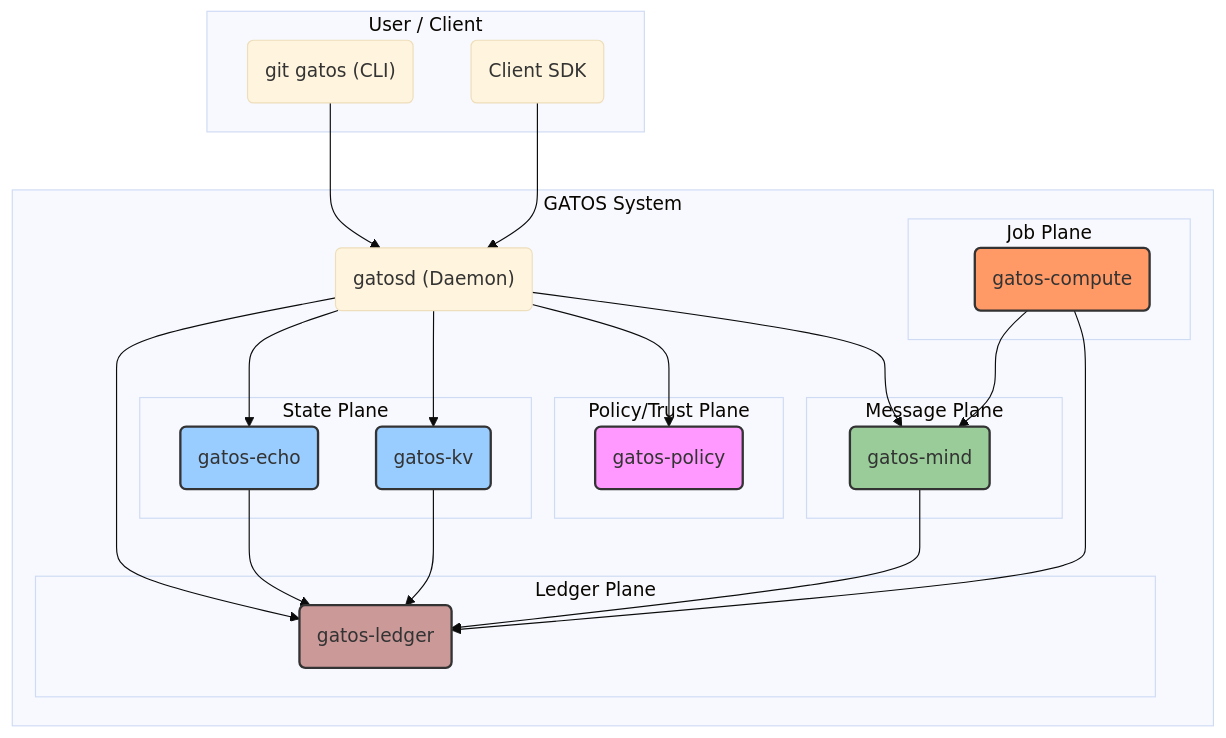
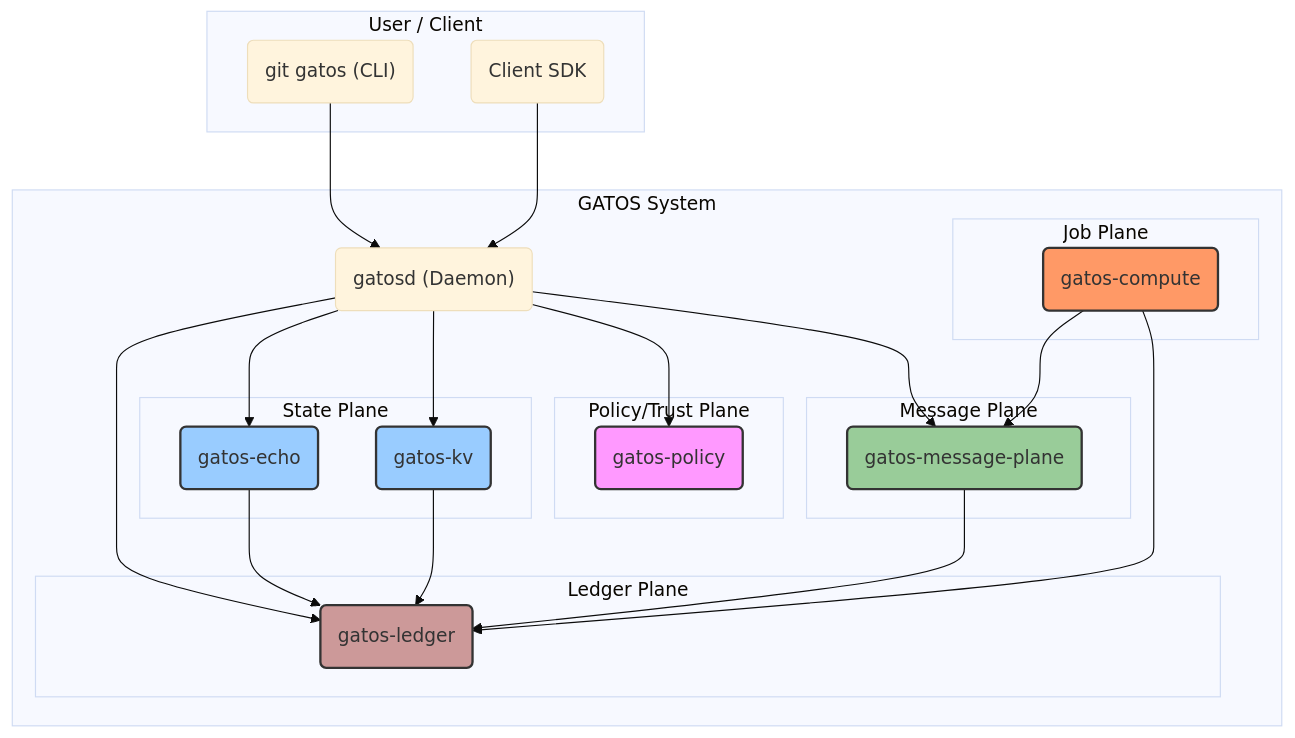
One commit to flyingrobots/gatos changed the diagram in docs/diagrams/architecture.md. Above: the diagram before and after it, drawn with Mermaid (base theme). The commit also changed 48 other files, not shown here.

````diff
--- a/docs/diagrams/architecture.md
+++ b/docs/diagrams/architecture.md
@@ -7,54 +7,54 @@
 ```mermaid
 graph TD
     subgraph "User / Client"
         CLI("git gatos (CLI)")
         SDK("Client SDK")
     end
 
     subgraph "GATOS System"
         Daemon("gatosd (Daemon)")
 
         subgraph "Ledger Plane"
             Ledger("gatos-ledger");
         end
 
         subgraph "Policy/Trust Plane"
             Policy("gatos-policy");
         end
 
         subgraph "State Plane"
             Echo("gatos-echo");
             KV("gatos-kv");
         end
 
         subgraph "Message Plane"
-            Mind("gatos-mind");
+            Mind("gatos-message-plane");
         end
 
         subgraph "Job Plane"
             Compute("gatos-compute");
         end
 
         Daemon --> Policy;
         Daemon --> Echo;
         Daemon --> KV;
         Daemon --> Mind;
         Daemon --> Ledger;
 
         Echo --> Ledger;
         KV --> Ledger;
         Mind --> Ledger;
         Compute --> Mind;
         Compute --> Ledger;
     end
 
     CLI --> Daemon;
     SDK --> Daemon;
 
     style Policy fill:#f9f,stroke:#333,stroke-width:2px
     style Echo fill:#9cf,stroke:#333,stroke-width:2px
     style KV fill:#9cf,stroke:#333,stroke-width:2px
     style Mind fill:#9c9,stroke:#333,stroke-width:2px
     style Ledger fill:#c99,stroke:#333,stroke-width:2px
     style Compute fill:#f96,stroke:#333,stroke-width:2px
 ```
````
